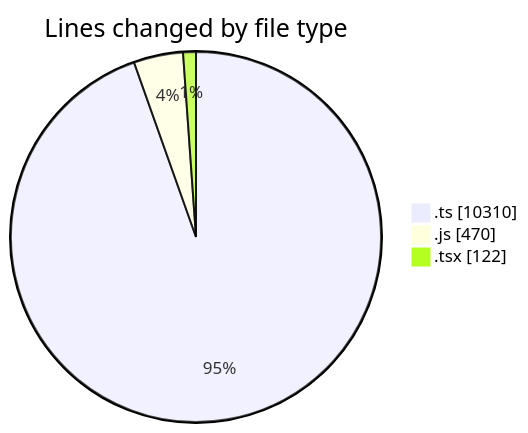
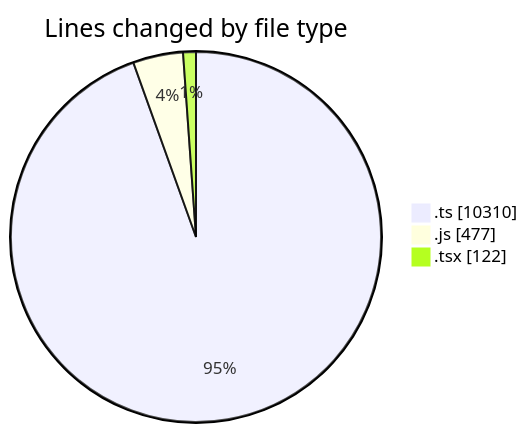
One commit to momahboobian/code-tracking changed the first of 2 diagrams in 2025-11-12/cda/README.md. Above: the diagram before and after it, drawn with Mermaid. The commit also changed other lines of this file and 1 other file, not shown here.

````diff
--- a/2025-11-12/cda/README.md
+++ b/2025-11-12/cda/README.md
@@ -28,7 +28,7 @@
 ```mermaid
 pie showData
 title Lines changed by file type
 ".ts" : 10310
-".js" : 470
+".js" : 477
 ".tsx" : 122
 ```
````
